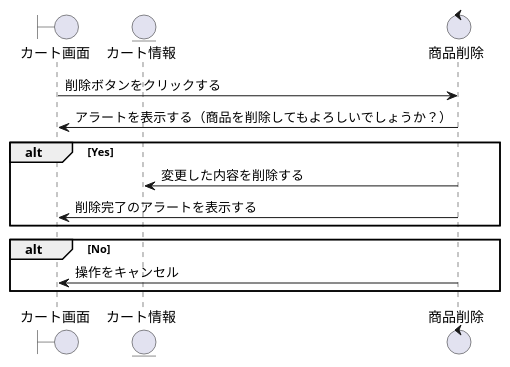
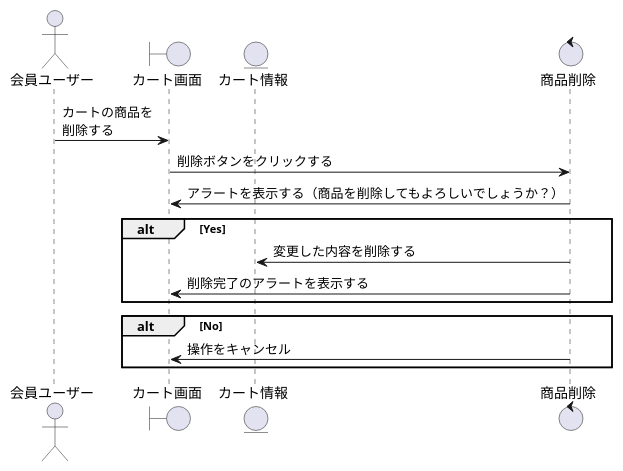
Before and after one commit to ysyk-wtnb16/team_D: the diagram in BBショップ/カート商品削除.wsd, drawn with PlantUML. The commit also changed 1 other file, not shown here.

```diff
--- a/BBショップ/カート商品削除.wsd
+++ b/BBショップ/カート商品削除.wsd
@@ -1,19 +1,21 @@
 @startuml shop
 
+actor 会員ユーザー as act
 boundary カート画面 as kart
 entity カート情報 as kartInfo
 control 商品削除 as delete
 
+act -> kart:カートの商品を\n削除する
 kart -> delete: 削除ボタンをクリックする
 delete -> kart: アラートを表示する（商品を削除してもよろしいでしょうか？）
 
 alt Yes
     delete -> kartInfo: 変更した内容を削除する
     delete -> kart: 削除完了のアラートを表示する
 end
 
 alt No
     delete -> kart: 操作をキャンセル
 end
 
 @enduml
```
